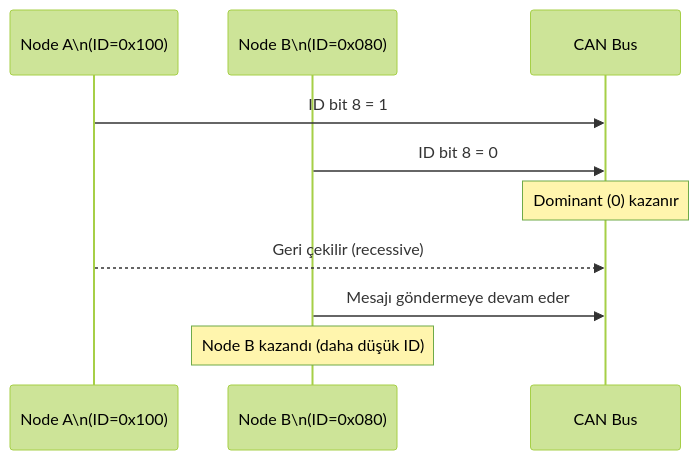
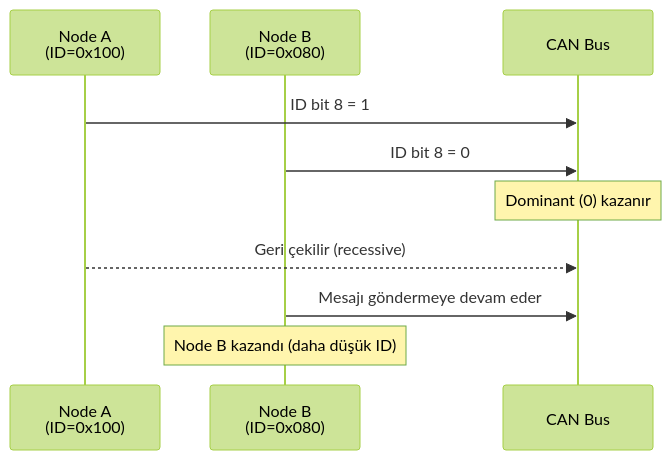
One commit to serkanMzlm/MechatronicsNotebook changed the third of 9 diagrams in docs/md/communication/protocol.md. Above: the diagram before and after it, drawn with Mermaid (forest theme). The commit also changed other lines of this file and 2 other files, not shown here.

````diff
--- a/docs/md/communication/protocol.md
+++ b/docs/md/communication/protocol.md
@@ -323,13 +170,13 @@
 ```mermaid
 sequenceDiagram
-    participant A as Node A\n(ID=0x100)
-    participant B as Node B\n(ID=0x080)
+    participant A as Node A<br/>(ID=0x100)
+    participant B as Node B<br/>(ID=0x080)
     participant BUS as CAN Bus
 
     A->>BUS: ID bit 8 = 1
     B->>BUS: ID bit 8 = 0
     Note over BUS: Dominant (0) kazanır
     A-->>BUS: Geri çekilir (recessive)
     B->>BUS: Mesajı göndermeye devam eder
     Note over B: Node B kazandı (daha düşük ID)
 ```
````
